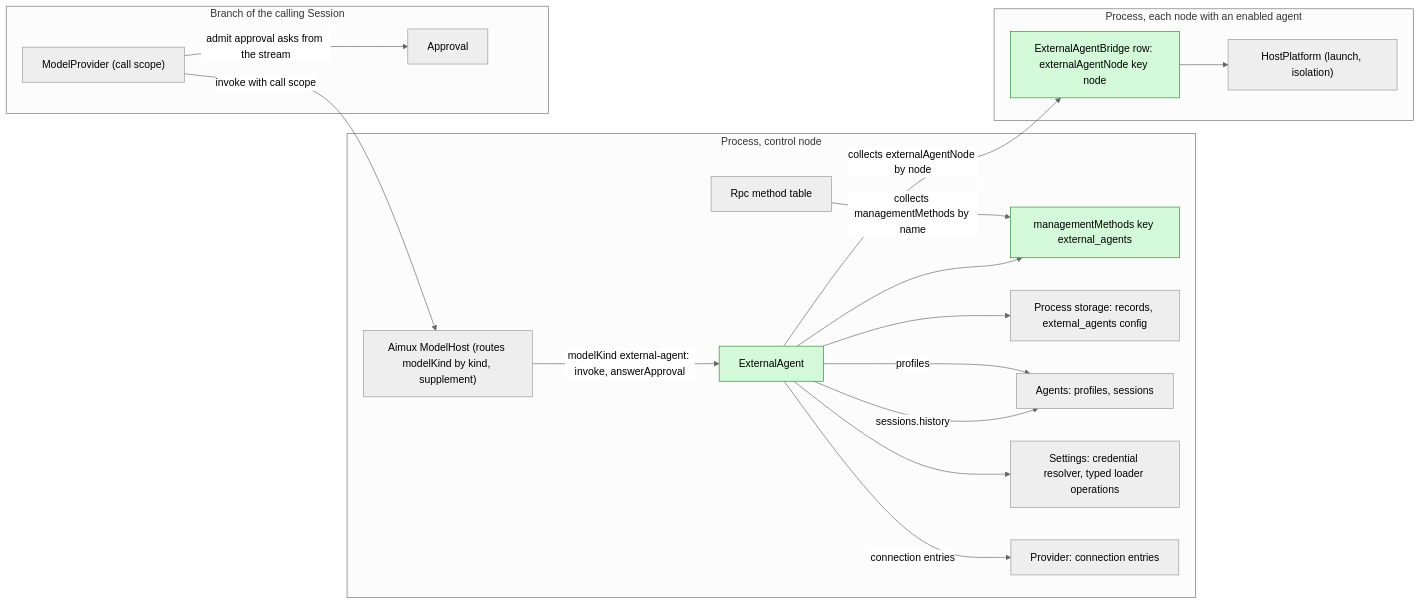
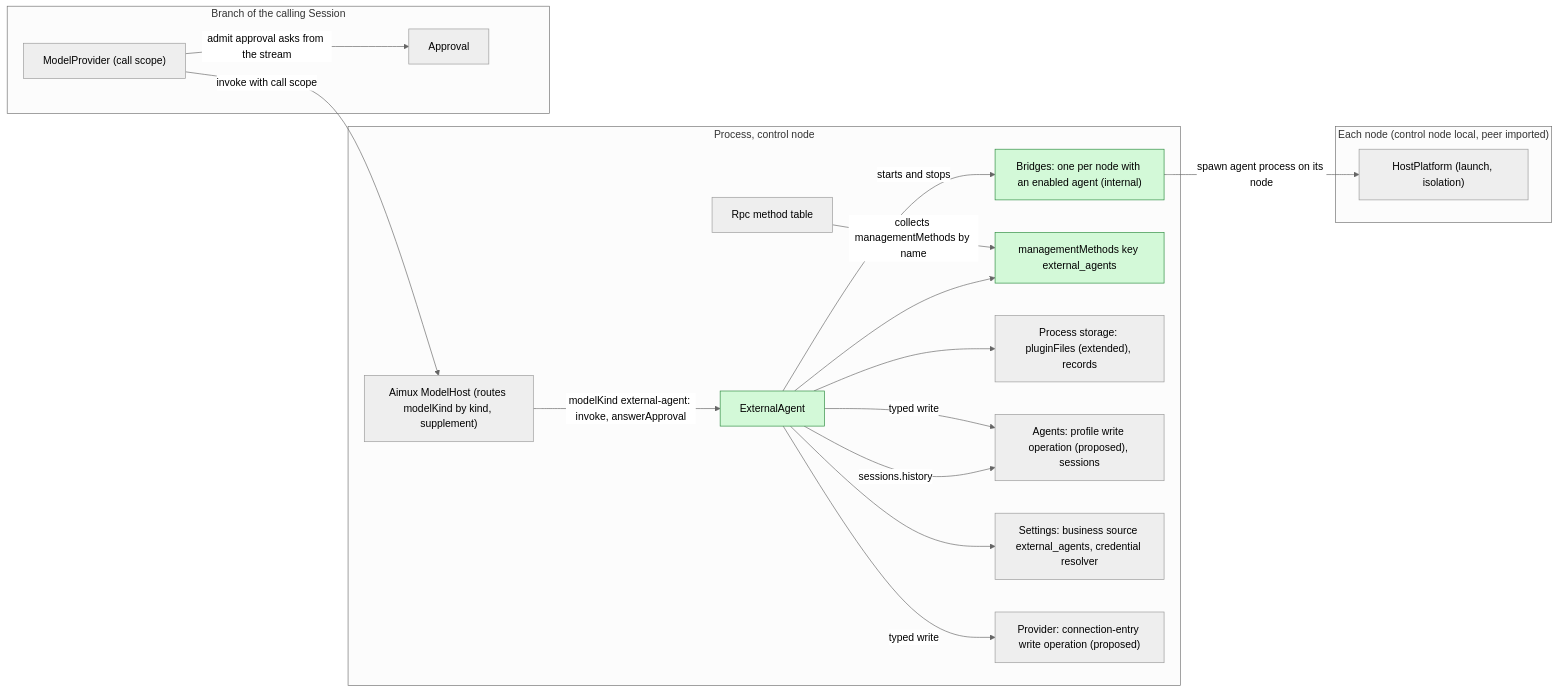
The first of 5 diagrams in docs/design/plugins/ExternalAgent.md (CoutinhoTTS/dim-agent), drawn with Mermaid (neutral theme) before and after one commit. The commit also changed other lines of this file and 42 other files, not shown here.

````diff
--- a/docs/design/plugins/ExternalAgent.md
+++ b/docs/design/plugins/ExternalAgent.md
@@ -9,34 +9,34 @@
 ```mermaid
 flowchart LR
   classDef new fill:#d3f9d8,stroke:#2b8a3e,color:#000
   subgraph proc["Process, control node"]
     EA["ExternalAgent"]:::new
+    Bridge["Bridges: one per node with an enabled agent (internal)"]:::new
     MM["managementMethods key external_agents"]:::new
     Aimux["Aimux ModelHost (routes modelKind by kind, supplement)"]
     Rpc["Rpc method table"]
-    Store["Process storage: records, external_agents config"]
-    Agents["Agents: profiles, sessions"]
-    Settings["Settings: credential resolver, typed loader operations"]
-    Provider["Provider: connection entries"]
+    Store["Process storage: pluginFiles (extended), records"]
+    Agents["Agents: profile write operation (proposed), sessions"]
+    Settings["Settings: business source external_agents, credential resolver"]
+    Provider["Provider: connection-entry write operation (proposed)"]
   end
-  subgraph node["Process, each node with an enabled agent"]
-    Bridge["ExternalAgentBridge row: externalAgentNode key node"]:::new
+  subgraph node["Each node (control node local, peer imported)"]
     HP["HostPlatform (launch, isolation)"]
   end
   subgraph branch["Branch of the calling Session"]
     MP["ModelProvider (call scope)"]
     Appr["Approval"]
   end
   EA --> MM
   Rpc -->|"collects managementMethods by name"| MM
   MP -->|"invoke with call scope"| Aimux
   Aimux -->|"modelKind external-agent: invoke, answerApproval"| EA
   MP -->|"admit approval asks from the stream"| Appr
   EA -->|"sessions.history"| Agents
   EA --> Store
   EA --> Settings
-  EA -->|"connection entries"| Provider
-  EA -->|"profiles"| Agents
-  EA -->|"collects externalAgentNode by node"| Bridge
-  Bridge --> HP
+  EA -->|"typed write"| Provider
+  EA -->|"typed write"| Agents
+  EA -->|"starts and stops"| Bridge
+  Bridge -->|"spawn agent process on its node"| HP
 ```
````
